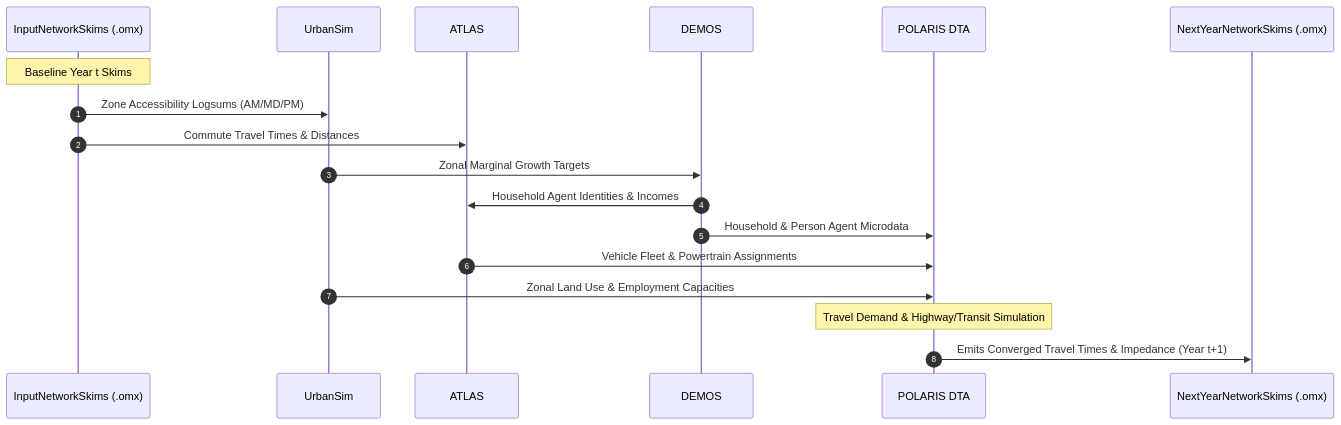
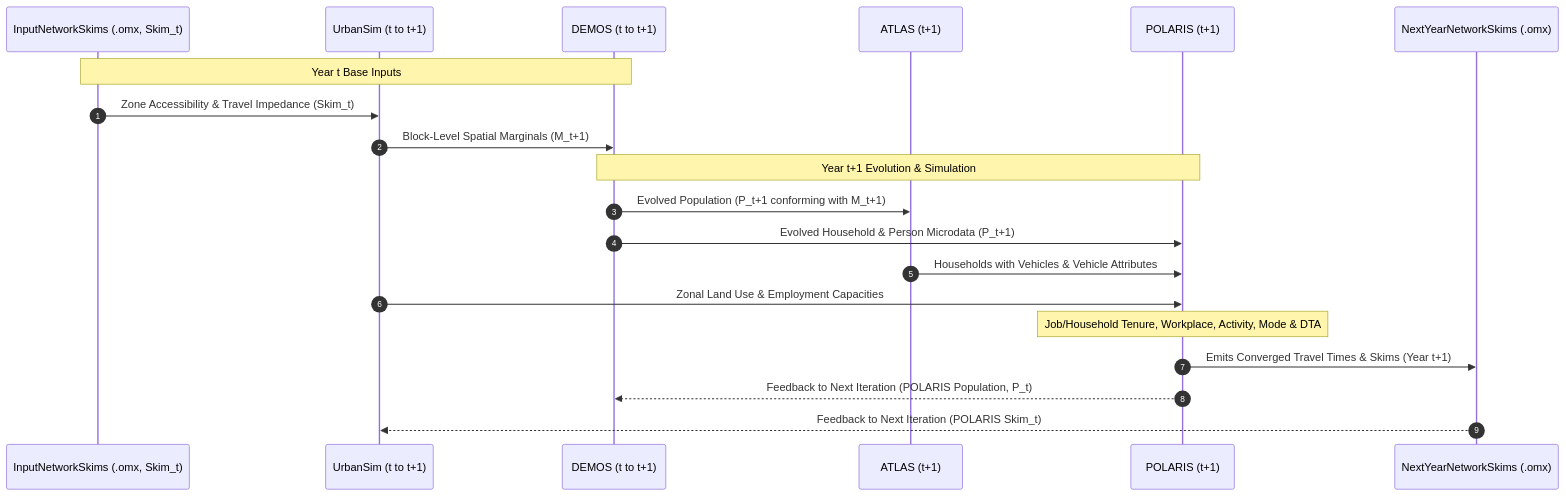
One commit to LBNL-UCB-STI/synergy-schema changed the diagram in docs/cross-model-mappings/contract-at-a-glance.md. Above: the diagram before and after it, drawn with Mermaid. The commit also changed other lines of this file and 14 other files, not shown here.

Commit message:
docs: align multi-year loop diagram, simplify index, and fix math and Mermaid rendering

````diff
--- a/docs/cross-model-mappings/contract-at-a-glance.md
+++ b/docs/cross-model-mappings/contract-at-a-glance.md
@@ -341,21 +340,23 @@
     ```mermaid
     sequenceDiagram
         autonumber
-        participant OMX_In as InputNetworkSkims (.omx)
-        participant US as UrbanSim
-        participant AT as ATLAS
-        participant DEMOS as DEMOS
-        participant POL as POLARIS DTA
+        participant OMX_In as InputNetworkSkims (.omx, Skim_t)
+        participant US as UrbanSim (t to t+1)
+        participant DEMOS as DEMOS (t to t+1)
+        participant AT as ATLAS (t+1)
+        participant POL as POLARIS (t+1)
         participant OMX_Out as NextYearNetworkSkims (.omx)
 
-        Note over OMX_In: Baseline Year t Skims
-        OMX_In->>US: Zone Accessibility Logsums (AM/MD/PM)
-        OMX_In->>AT: Commute Travel Times & Distances
-        US->>DEMOS: Zonal Marginal Growth Targets
-        DEMOS->>AT: Household Agent Identities & Incomes
-        DEMOS->>POL: Household & Person Agent Microdata
-        AT->>POL: Vehicle Fleet & Powertrain Assignments
+        Note over OMX_In,DEMOS: Year t Base Inputs
+        OMX_In->>US: Zone Accessibility & Travel Impedance (Skim_t)
+        US->>DEMOS: Block-Level Spatial Marginals (M_t+1)
+        Note over DEMOS,POL: Year t+1 Evolution & Simulation
+        DEMOS->>AT: Evolved Population (P_t+1 conforming with M_t+1)
+        DEMOS->>POL: Evolved Household & Person Microdata (P_t+1)
+        AT->>POL: Households with Vehicles & Vehicle Attributes
         US->>POL: Zonal Land Use & Employment Capacities
-        Note over POL: Travel Demand & Highway/Transit Simulation
-        POL->>OMX_Out: Emits Converged Travel Times & Impedance (Year t+1)
+        Note over POL: Job/Household Tenure, Workplace, Activity, Mode & DTA
+        POL->>OMX_Out: Emits Converged Travel Times & Skims (Year t+1)
+        POL-->>DEMOS: Feedback to Next Iteration (POLARIS Population, P_t)
+        OMX_Out-->>US: Feedback to Next Iteration (POLARIS Skim_t)
     ```
````
